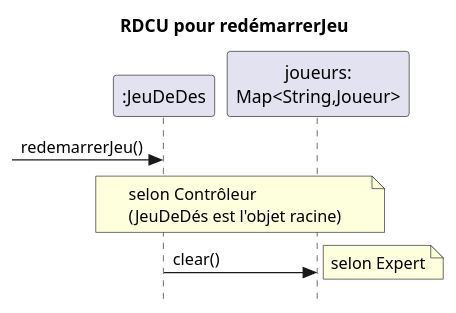
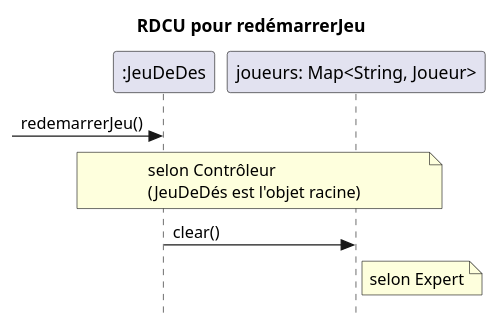
Before and after one commit to xGabou/log210-enonce-lab0: the diagram in docs/modeles/rdcu-redemarrerJeu.puml, drawn with PlantUML. The commit also changed 11 other files, not shown here.

Commit message:
Add SVG diagram for RDCU to restart game functionality

```diff
--- a/docs/modeles/rdcu-redemarrerJeu.puml
+++ b/docs/modeles/rdcu-redemarrerJeu.puml
@@ -1,20 +1,20 @@
 @startuml
 skinparam style strictuml
 skinparam defaultfontname Verdana
 title RDCU pour redémarrerJeu
 
 participant ":JeuDeDes" as c
-participant "joueurs:\nMap<String,Joueur>" as j
+participant "joueurs: Map<String, Joueur>" as j
 
-->c : redemarrerJeu()
+-> c : redemarrerJeu()
 note over c,j
 selon Contrôleur
 (JeuDeDés est l'objet racine)
 end note
 
-c->j : clear()
-note right
+c -> j : clear()
+note right of j
 selon Expert
 end note
 
 @enduml
```
